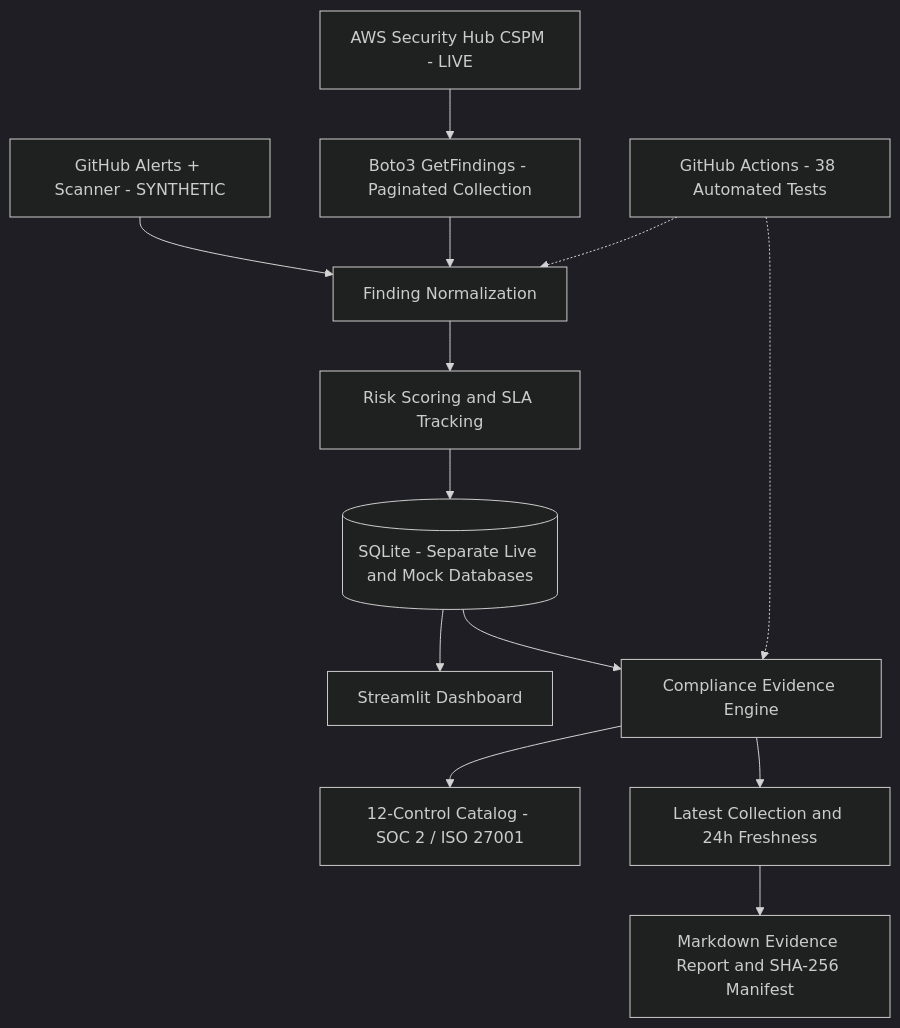
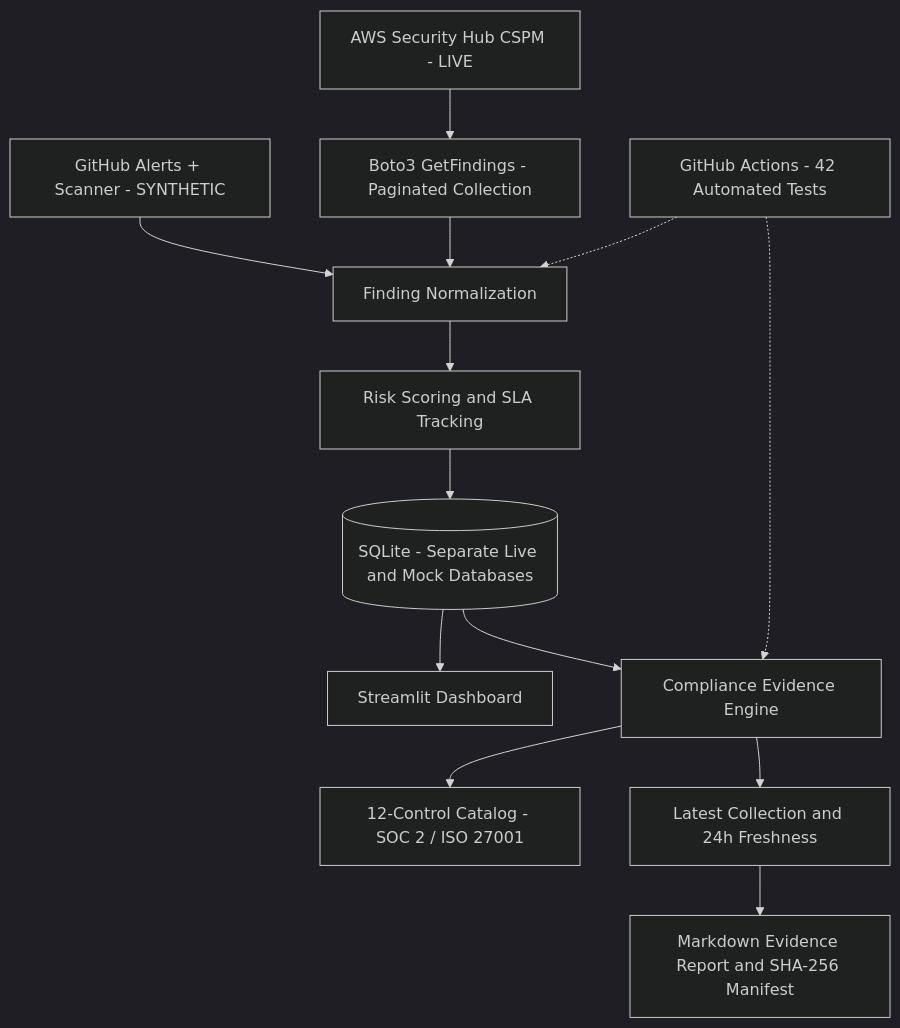
One commit to saintgab/security-automation-compliance-dashboard changed the diagram in docs/architecture.md. Above: the diagram before and after it, drawn with Mermaid (dark theme). The commit also changed 3 other files, not shown here.

````diff
--- a/docs/architecture.md
+++ b/docs/architecture.md
@@ -4,15 +4,15 @@
 ```mermaid
 flowchart TD
     AWS["AWS Security Hub CSPM - LIVE"] --> API["Boto3 GetFindings - Paginated Collection"]
     MOCK["GitHub Alerts + Scanner - SYNTHETIC"] --> NORMAL["Finding Normalization"]
     API --> NORMAL
     NORMAL --> RISK["Risk Scoring and SLA Tracking"]
     RISK --> DB[("SQLite - Separate Live and Mock Databases")]
     DB --> DASH["Streamlit Dashboard"]
     DB --> EVIDENCE["Compliance Evidence Engine"]
     EVIDENCE --> CATALOG["12-Control Catalog - SOC 2 / ISO 27001"]
     EVIDENCE --> FRESH["Latest Collection and 24h Freshness"]
     FRESH --> REPORT["Markdown Evidence Report and SHA-256 Manifest"]
-    CI["GitHub Actions - 38 Automated Tests"] -.-> NORMAL
+    CI["GitHub Actions - 42 Automated Tests"] -.-> NORMAL
     CI -.-> EVIDENCE
 ```
````
